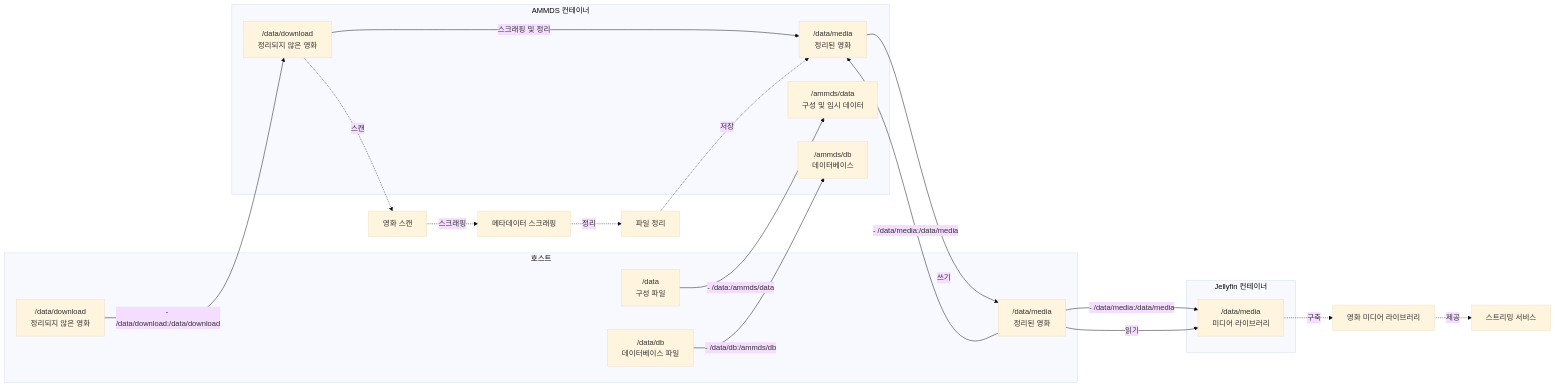
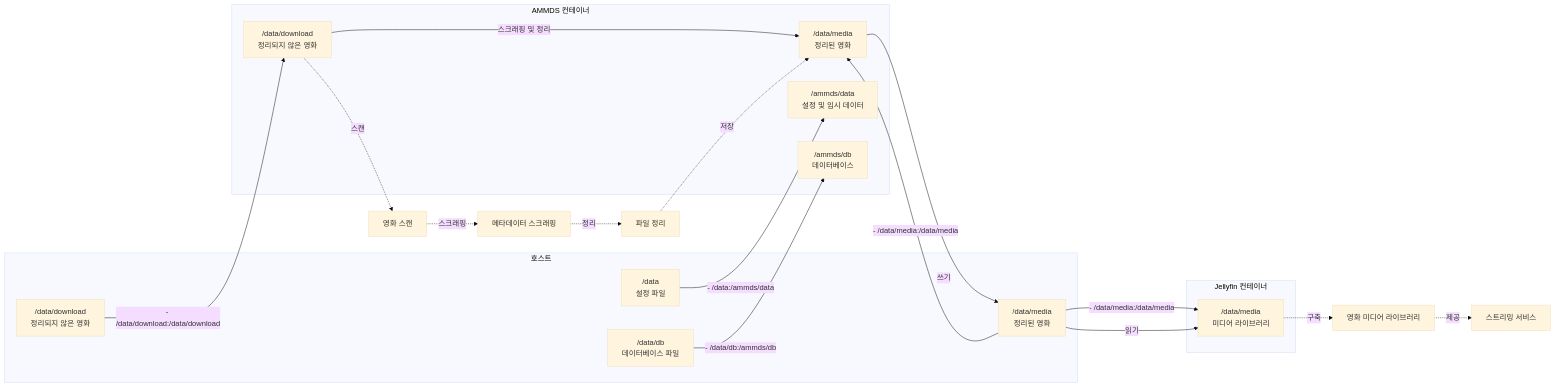
Before and after one commit to QYG2297248353/AMMDS-DOC: the fifth of 5 diagrams in i18n/ko/docusaurus-plugin-content-docs/current/usage/Mount.md, drawn with Mermaid (base theme). The commit also changed other lines of this file and 148 other files, not shown here.

````diff
--- a/i18n/ko/docusaurus-plugin-content-docs/current/usage/Mount.md
+++ b/i18n/ko/docusaurus-plugin-content-docs/current/usage/Mount.md
@@ -248,55 +249,55 @@
 ```mermaid
 flowchart LR
     %% =========================
     %% 호스트
     %% =========================
     subgraph HOST["호스트"]
         H_DOWNLOAD["/data/download<br/>정리되지 않은 영화"]
         H_MEDIA["/data/media<br/>정리된 영화"]
-        H_CONFIG["/data<br/>구성 파일"]
+        H_CONFIG["/data<br/>설정 파일"]
         H_DB["/data/db<br/>데이터베이스 파일"]
     end
 
     %% =========================
     %% AMMDS
     %% =========================
     subgraph AMMDS["AMMDS 컨테이너"]
-        A_DATA["/ammds/data<br/>구성 및 임시 데이터"]
+        A_DATA["/ammds/data<br/>설정 및 임시 데이터"]
         A_DB["/ammds/db<br/>데이터베이스"]
         A_DOWNLOAD["/data/download<br/>정리되지 않은 영화"]
         A_MEDIA["/data/media<br/>정리된 영화"]
     end
 
     %% =========================
     %% Jellyfin
     %% =========================
     subgraph JELLYFIN["Jellyfin 컨테이너"]
         J_MEDIA["/data/media<br/>미디어 라이브러리"]
     end
 
     %% =========================
     %% 마운트 관계
     %% =========================
     H_DOWNLOAD -->|"- /data/download:/data/download"| A_DOWNLOAD
     H_MEDIA -->|"- /data/media:/data/media"| A_MEDIA
     H_CONFIG -->|"- /data:/ammds/data"| A_DATA
     H_DB -->|"- /data/db:/ammds/db"| A_DB
     H_MEDIA -->|"- /data/media:/data/media"| J_MEDIA
 
     %% =========================
     %% 데이터 흐름
     %% =========================
     A_DOWNLOAD -->|"스크래핑 및 정리"| A_MEDIA
     A_MEDIA -->|"쓰기"| H_MEDIA
     H_MEDIA -->|"읽기"| J_MEDIA
 
     %% =========================
     %% 기능 설명
     %% =========================
     A_DOWNLOAD -.->|"스캔"| SCAN["영화 스캔"]
     SCAN -.->|"스크래핑"| SCRAPE["메타데이터 스크래핑"]
     SCRAPE -.->|"정리"| ORGANIZE["파일 정리"]
     ORGANIZE -.->|"저장"| A_MEDIA
     J_MEDIA -.->|"구축"| LIBRARY["영화 미디어 라이브러리"]
     LIBRARY -.->|"제공"| STREAM["스트리밍 서비스"]
 ```
````
